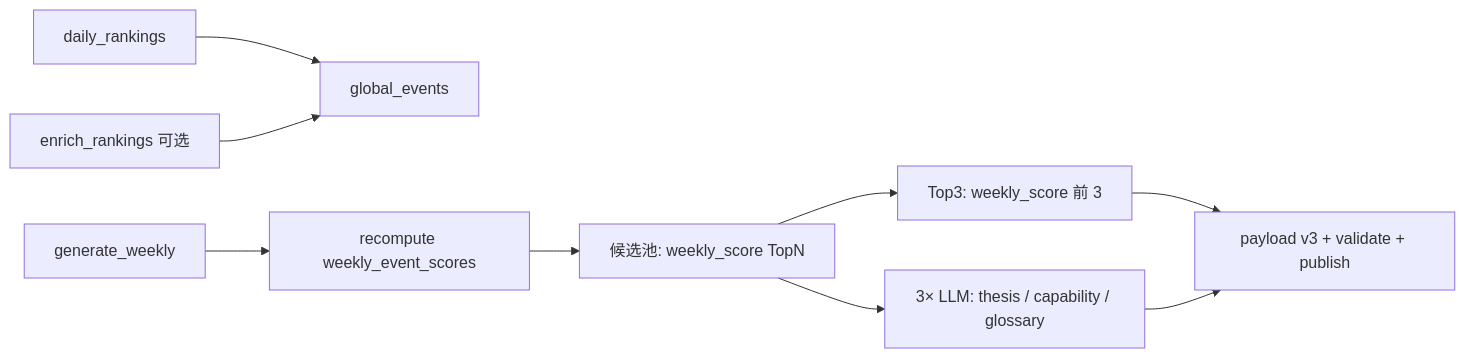
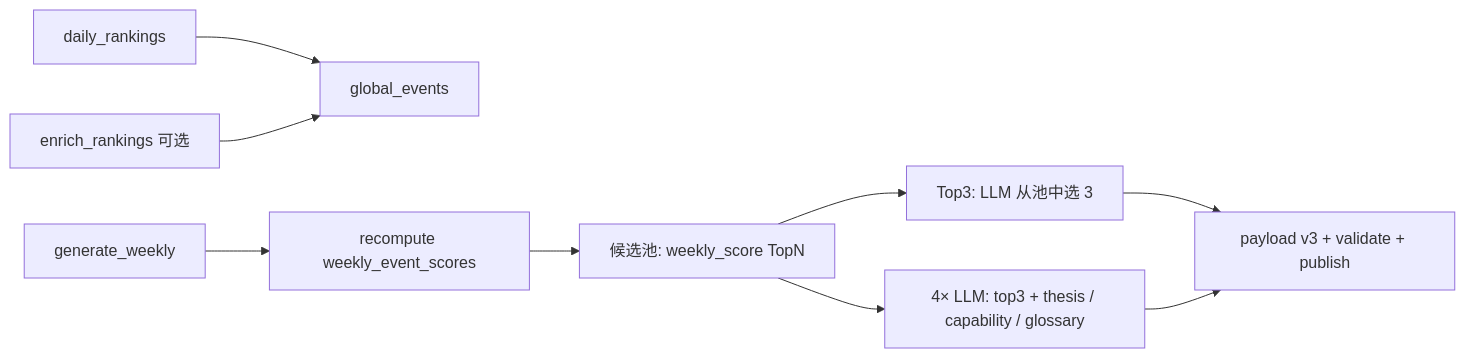
Before and after one commit to ljunnan24-hash/ai-pulse: the first of 2 diagrams in docs/MULTI_AGENT_V1.md, drawn with Mermaid. The commit also changed other lines of this file and 7 other files, not shown here.

First line of the commit message:
feat(weekly): LLM picks Top3 from weekly_score pool

````diff
--- a/docs/MULTI_AGENT_V1.md
+++ b/docs/MULTI_AGENT_V1.md
@@ -18,11 +18,11 @@
 ```mermaid
 flowchart LR
   DR[daily_rankings] --> GE[global_events]
   ER[enrich_rankings 可选] --> GE
   GW[generate_weekly] --> WS[recompute weekly_event_scores]
   WS --> POOL[候选池: weekly_score TopN]
-  POOL --> T3[Top3: weekly_score 前 3]
-  POOL --> LLM[3× LLM: thesis / capability / glossary]
+  POOL --> T3[Top3: LLM 从池中选 3]
+  POOL --> LLM[4× LLM: top3 + thesis / capability / glossary]
   T3 --> P[payload v3 + validate + publish]
   LLM --> P
 ```
````
